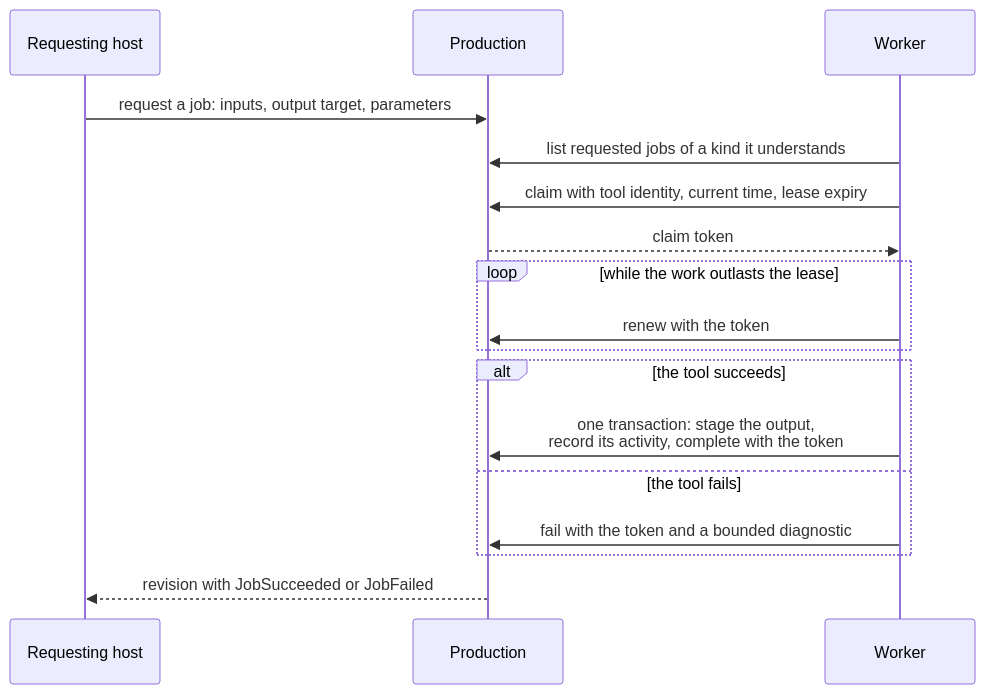
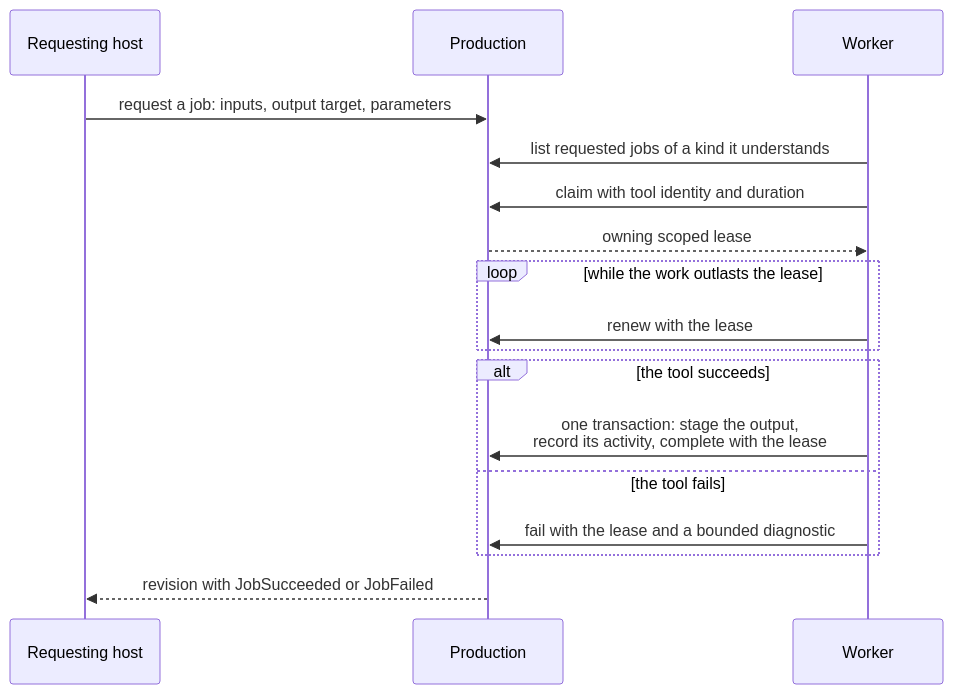
One commit to postproject-org/postproject changed the diagram in docs/src/integrators/jobs-and-workers.md. Above: the diagram before and after it, drawn with Mermaid. The commit also changed other lines of this file and 3 other files, not shown here.

````diff
--- a/docs/src/integrators/jobs-and-workers.md
+++ b/docs/src/integrators/jobs-and-workers.md
@@ -9,19 +9,19 @@
 ```mermaid
 sequenceDiagram
     participant Host as Requesting host
     participant P as Production
     participant Worker
     Host->>P: request a job: inputs, output target, parameters
     Worker->>P: list requested jobs of a kind it understands
-    Worker->>P: claim with tool identity, current time, lease expiry
-    P-->>Worker: claim token
+    Worker->>P: claim with tool identity and duration
+    P-->>Worker: owning scoped lease
     loop while the work outlasts the lease
-        Worker->>P: renew with the token
+        Worker->>P: renew with the lease
     end
     alt the tool succeeds
-        Worker->>P: one transaction: stage the output,<br/>record its activity, complete with the token
+        Worker->>P: one transaction: stage the output,<br/>record its activity, complete with the lease
     else the tool fails
-        Worker->>P: fail with the token and a bounded diagnostic
+        Worker->>P: fail with the lease and a bounded diagnostic
     end
     P-->>Host: revision with JobSucceeded or JobFailed
 ```
````
